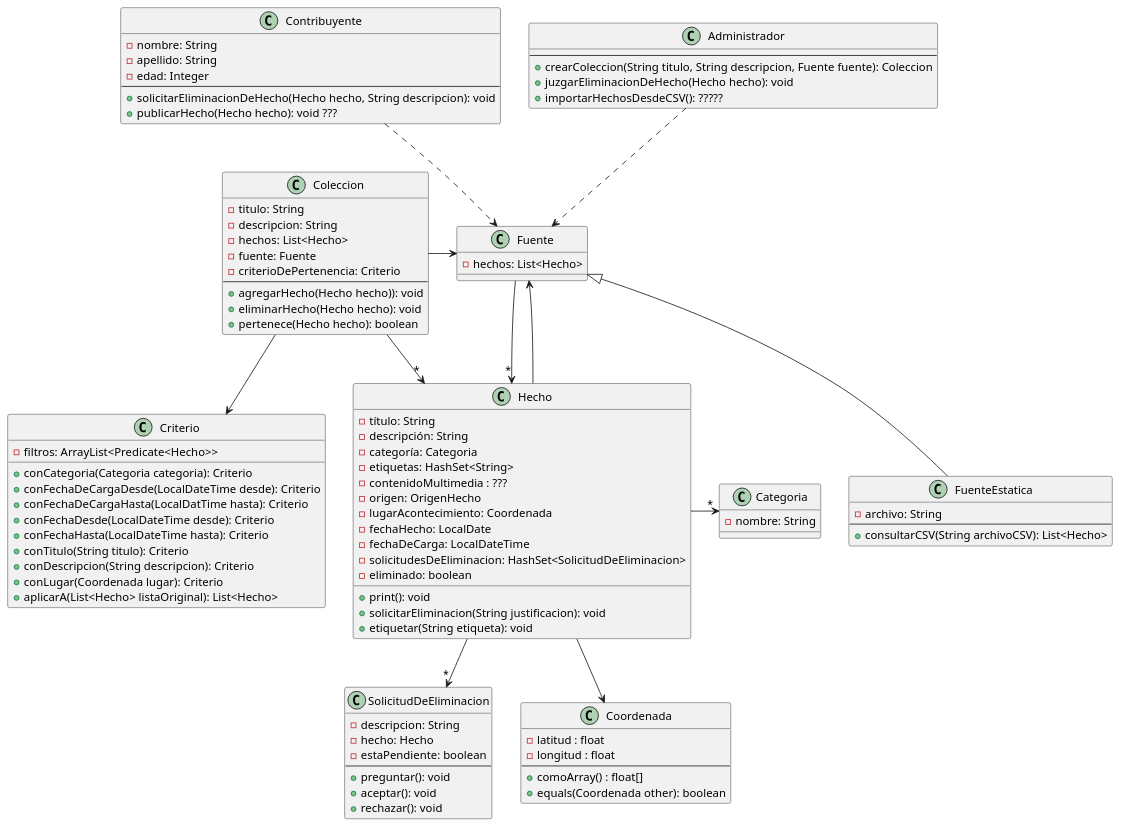
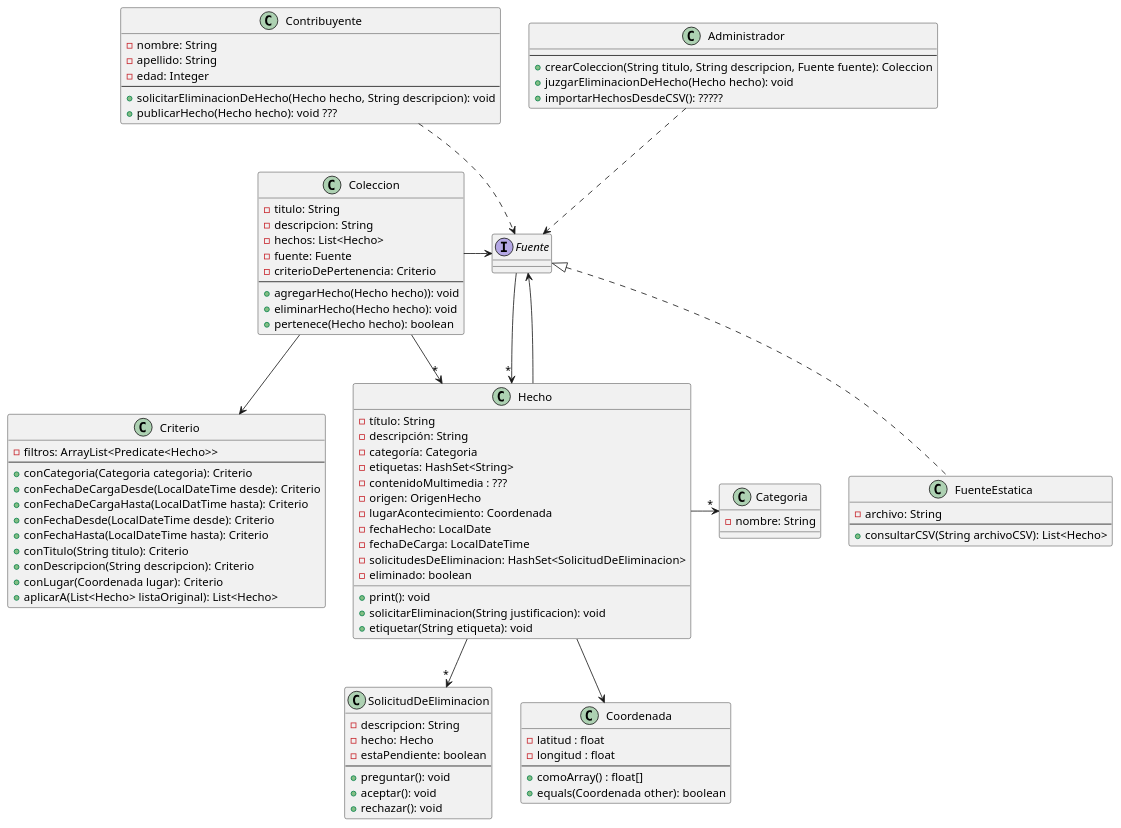
Before and after one commit to faustorod1/MetaMapa: the diagram in DiagDeClases.puml, drawn with PlantUML. The commit also changed 14 other files, not shown here.

```diff
--- a/DiagDeClases.puml
+++ b/DiagDeClases.puml
@@ -1,115 +1,113 @@
 @startuml
 
 class Hecho{
 - título: String
 - descripción: String
 - categoría: Categoria
 - etiquetas: HashSet<String>
 - contenidoMultimedia : ???
 - origen: OrigenHecho
 - lugarAcontecimiento: Coordenada
 - fechaHecho: LocalDate
 - fechaDeCarga: LocalDateTime
 - solicitudesDeEliminacion: HashSet<SolicitudDeEliminacion>
 - eliminado: boolean
 
 + print(): void
 + solicitarEliminacion(String justificacion): void
 + etiquetar(String etiqueta): void
 }
 
 class Categoria{
 - nombre: String
 }
 
 class Contribuyente{
 - nombre: String
 - apellido: String
 - edad: Integer
 --
 + solicitarEliminacionDeHecho(Hecho hecho, String descripcion): void
 + publicarHecho(Hecho hecho): void ???
 }
 
 class Administrador {
 --
 + crearColeccion(String titulo, String descripcion, Fuente fuente): Coleccion
 + juzgarEliminacionDeHecho(Hecho hecho): void
 + importarHechosDesdeCSV(): ?????
 }
 
 class Coleccion{
 - titulo: String
 - descripcion: String
 - hechos: List<Hecho>
 - fuente: Fuente
 - criterioDePertenencia: Criterio
 --
 + agregarHecho(Hecho hecho)): void
 + eliminarHecho(Hecho hecho): void
 + pertenece(Hecho hecho): boolean
 }
 
 class Criterio{
 - filtros: ArrayList<Predicate<Hecho>>
-
+--
 + conCategoria(Categoria categoria): Criterio
 + conFechaDeCargaDesde(LocalDateTime desde): Criterio
 + conFechaDeCargaHasta(LocalDatTime hasta): Criterio
 + conFechaDesde(LocalDateTime desde): Criterio
 + conFechaHasta(LocalDateTime hasta): Criterio
 + conTitulo(String titulo): Criterio
 + conDescripcion(String descripcion): Criterio
 + conLugar(Coordenada lugar): Criterio
 + aplicarA(List<Hecho> listaOriginal): List<Hecho>
 }
 
 
 class SolicitudDeEliminacion{
 - descripcion: String
 - hecho: Hecho
 - estaPendiente: boolean
 --
 + preguntar(): void
 + aceptar(): void
 + rechazar(): void
 }
 
-class Fuente{
-- hechos: List<Hecho>
-
+interface Fuente{
 }
 
 class FuenteEstatica{
 - archivo: String
 --
 + consultarCSV(String archivoCSV): List<Hecho>
 }
 
 class Coordenada{
 - latitud : float
 - longitud : float
 --
 + comoArray() : float[]
 + equals(Coordenada other): boolean
 }
 
 Contribuyente .d.> Fuente
 Administrador .d.> Fuente
 
 Hecho --> Coordenada
 Hecho -r->"*" Categoria
 Hecho -d->"*" SolicitudDeEliminacion
 Coleccion -->"*" Hecho
 Coleccion --> Criterio
 
 Hecho --> Fuente
 Coleccion -r-> Fuente
 
 Fuente -->"*" Hecho
-FuenteEstatica -u-|> Fuente
+FuenteEstatica .u.|> Fuente
 
 
 
 
 @enduml
```
